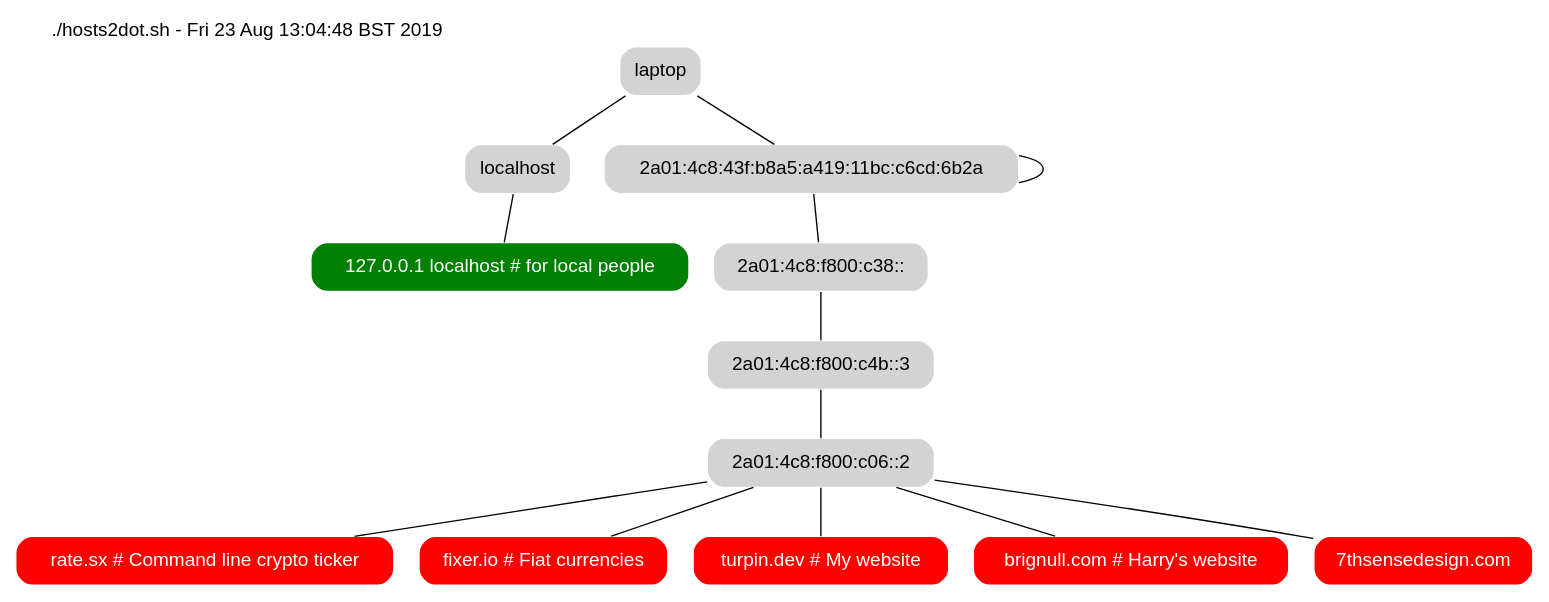
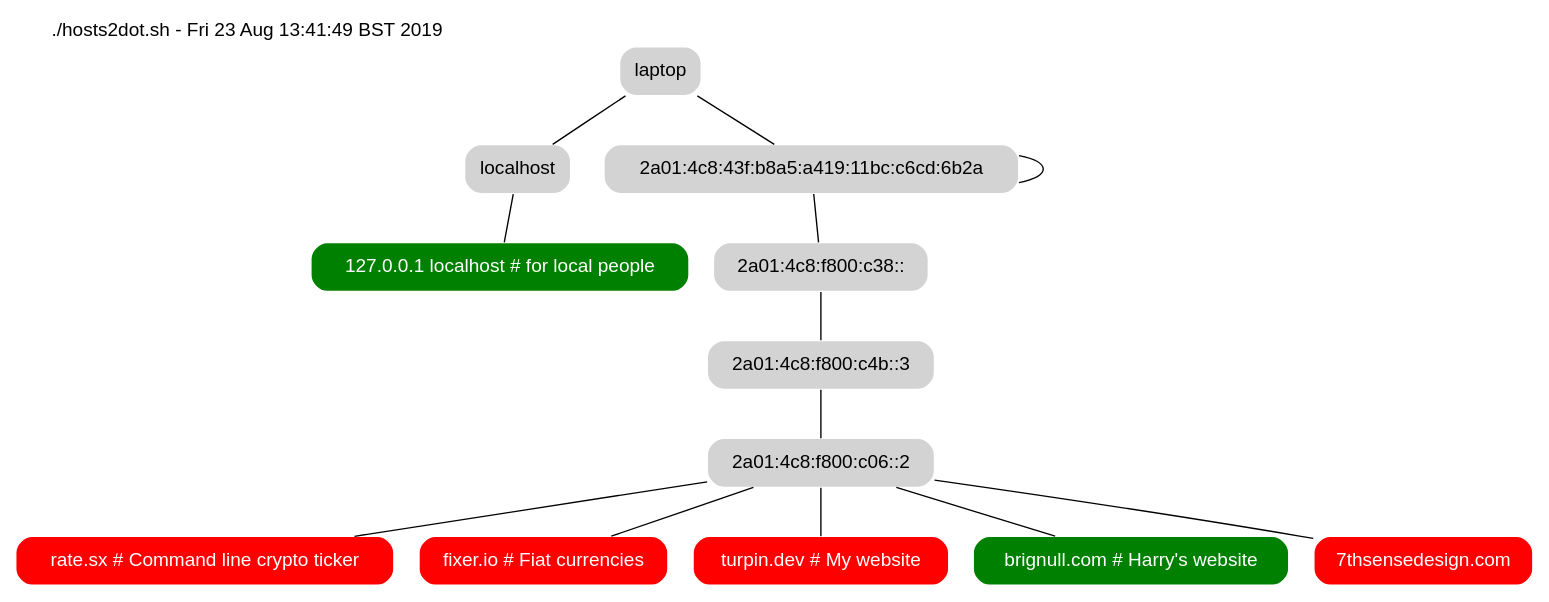
Before and after one commit to deanturpin/magnum-ci: the diagram in artefacts/hosts2dot/topology.dot, drawn with Graphviz. The commit also changed 3 other files, not shown here.

```diff
--- a/artefacts/hosts2dot/topology.dot
+++ b/artefacts/hosts2dot/topology.dot
@@ -1,18 +1,18 @@
 strict graph {
 fontname=helvetica
 node [shape=rect style="filled,rounded" color=white fillcolor=lightgrey fontname=helvetica]
 soy_yo [label="laptop"]
-graph [label="./hosts2dot.sh - Fri 23 Aug 13:04:48 BST 2019" labelloc=top labeljust=left]
+graph [label="./hosts2dot.sh - Fri 23 Aug 13:41:49 BST 2019" labelloc=top labeljust=left]
 "127.0.0.1 localhost # for local people" [fillcolor=green fontcolor=white]
 soy_yo--"localhost"--"127.0.0.1 localhost # for local people"
 "rate.sx # Command line crypto ticker" [fillcolor=red fontcolor=white]
 soy_yo--"2a01:4c8:43f:b8a5:a419:11bc:c6cd:6b2a"--"2a01:4c8:43f:b8a5:a419:11bc:c6cd:6b2a"--"2a01:4c8:f800:c38::"--"2a01:4c8:f800:c4b::3"--"2a01:4c8:f800:c06::2"--"rate.sx # Command line crypto ticker"
 "fixer.io # Fiat currencies" [fillcolor=red fontcolor=white]
 soy_yo--"2a01:4c8:43f:b8a5:a419:11bc:c6cd:6b2a"--"2a01:4c8:43f:b8a5:a419:11bc:c6cd:6b2a"--"2a01:4c8:f800:c38::"--"2a01:4c8:f800:c4b::3"--"2a01:4c8:f800:c06::2"--"fixer.io # Fiat currencies"
 "turpin.dev # My website" [fillcolor=red fontcolor=white]
 soy_yo--"2a01:4c8:43f:b8a5:a419:11bc:c6cd:6b2a"--"2a01:4c8:43f:b8a5:a419:11bc:c6cd:6b2a"--"2a01:4c8:f800:c38::"--"2a01:4c8:f800:c4b::3"--"2a01:4c8:f800:c06::2"--"turpin.dev # My website"
-"brignull.com # Harry's website" [fillcolor=red fontcolor=white]
+"brignull.com # Harry's website" [fillcolor=green fontcolor=white]
 soy_yo--"2a01:4c8:43f:b8a5:a419:11bc:c6cd:6b2a"--"2a01:4c8:43f:b8a5:a419:11bc:c6cd:6b2a"--"2a01:4c8:f800:c38::"--"2a01:4c8:f800:c4b::3"--"2a01:4c8:f800:c06::2"--"brignull.com # Harry's website"
 "7thsensedesign.com" [fillcolor=red fontcolor=white]
 soy_yo--"2a01:4c8:43f:b8a5:a419:11bc:c6cd:6b2a"--"2a01:4c8:43f:b8a5:a419:11bc:c6cd:6b2a"--"2a01:4c8:f800:c38::"--"2a01:4c8:f800:c4b::3"--"2a01:4c8:f800:c06::2"--"7thsensedesign.com"
 }
```
